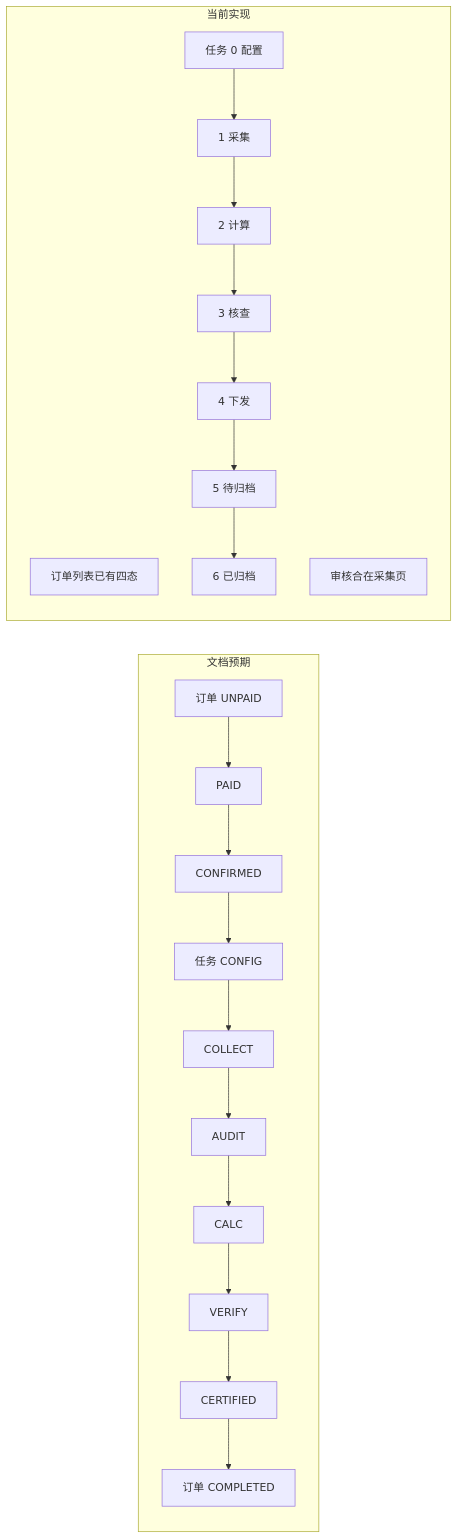
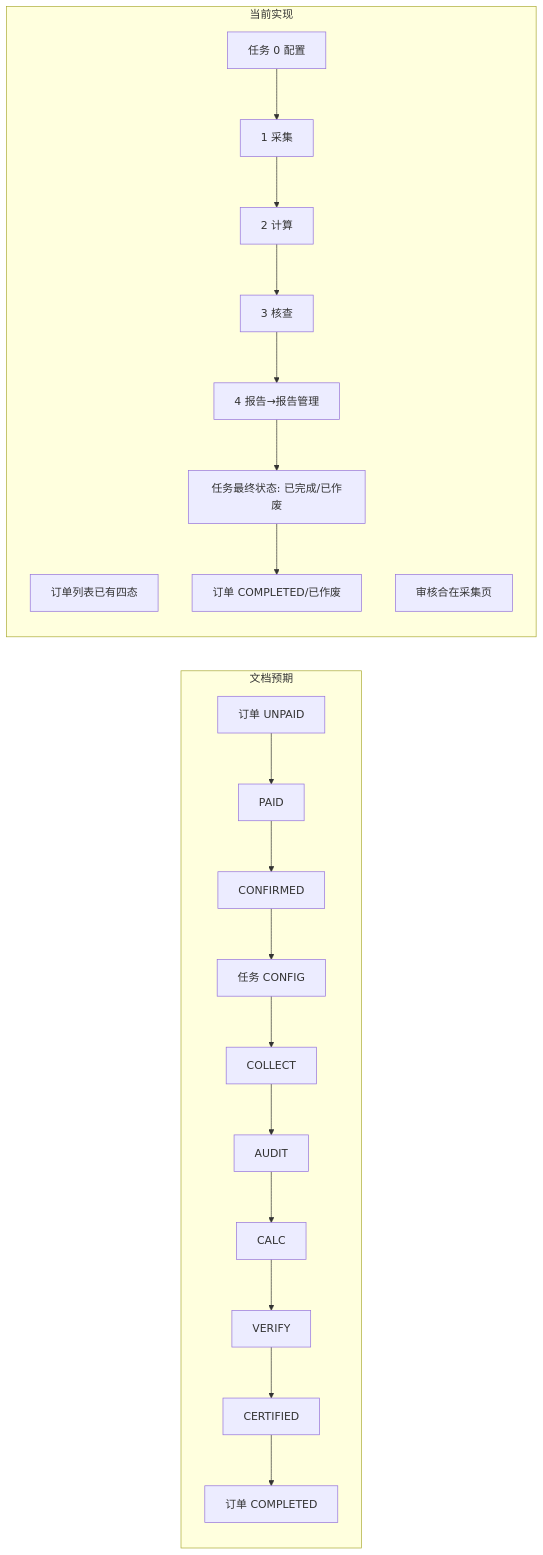
The first of 2 diagrams in docs/01_整体业务与产品设计审查.md (vuvanmai936-dot/steel-carbon-footprint), drawn with Mermaid before and after one commit. The commit also changed other lines of this file and 10 other files, not shown here.

````diff
--- a/docs/01_整体业务与产品设计审查.md
+++ b/docs/01_整体业务与产品设计审查.md
@@ -143,25 +155,25 @@
 ```mermaid
 flowchart LR
   subgraph doc [文档预期]
     O1[订单 UNPAID] --> O2[PAID]
     O2 --> O3[CONFIRMED]
     O3 --> T0[任务 CONFIG]
     T0 --> T1[COLLECT]
     T1 --> T2[AUDIT]
     T2 --> T3[CALC]
     T3 --> T4[VERIFY]
     T4 --> T5[CERTIFIED]
     T5 --> O4[订单 COMPLETED]
   end
 
   subgraph impl [当前实现]
     I1[订单列表已有四态]
     I2[任务 0 配置] --> I3[1 采集]
     I3 --> I4[2 计算]
     I4 --> I5[3 核查]
-    I5 --> I6[4 下发]
-    I6 --> I7[5 待归档]
-    I7 --> I8[6 已归档]
+    I5 --> I6[4 报告→报告管理]
+    I6 --> I7[任务最终状态: 已完成/已作废]
+    I7 --> I8[订单 COMPLETED/已作废]
     I9[审核合在采集页]
   end
 ```
````
